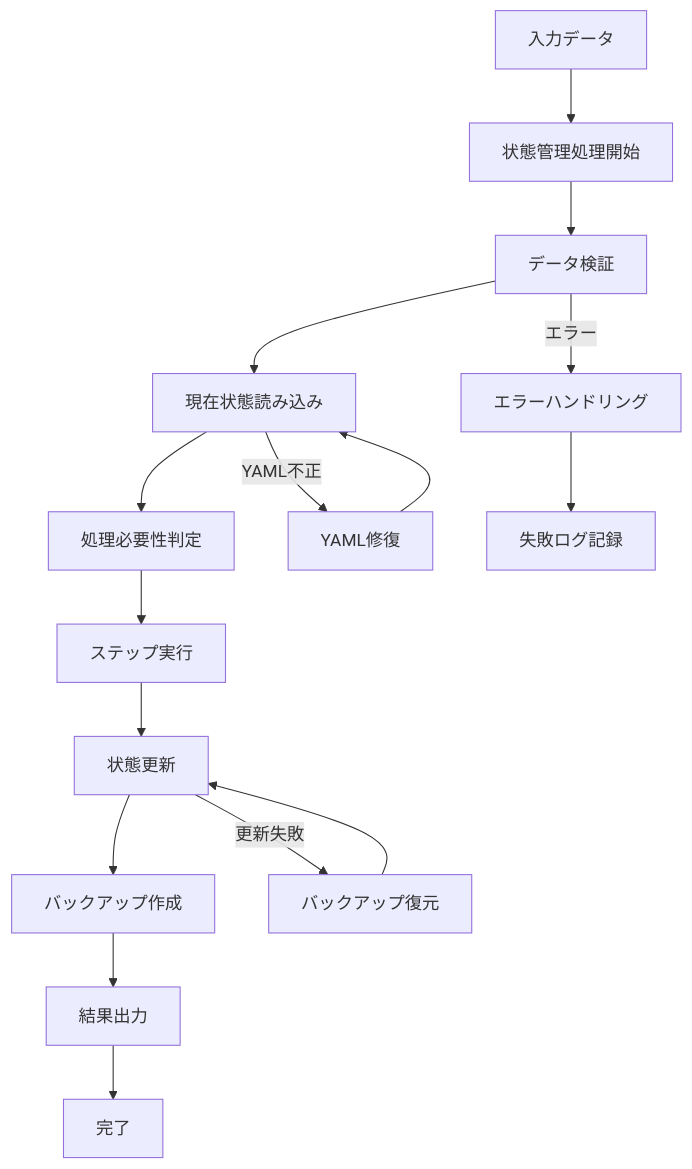
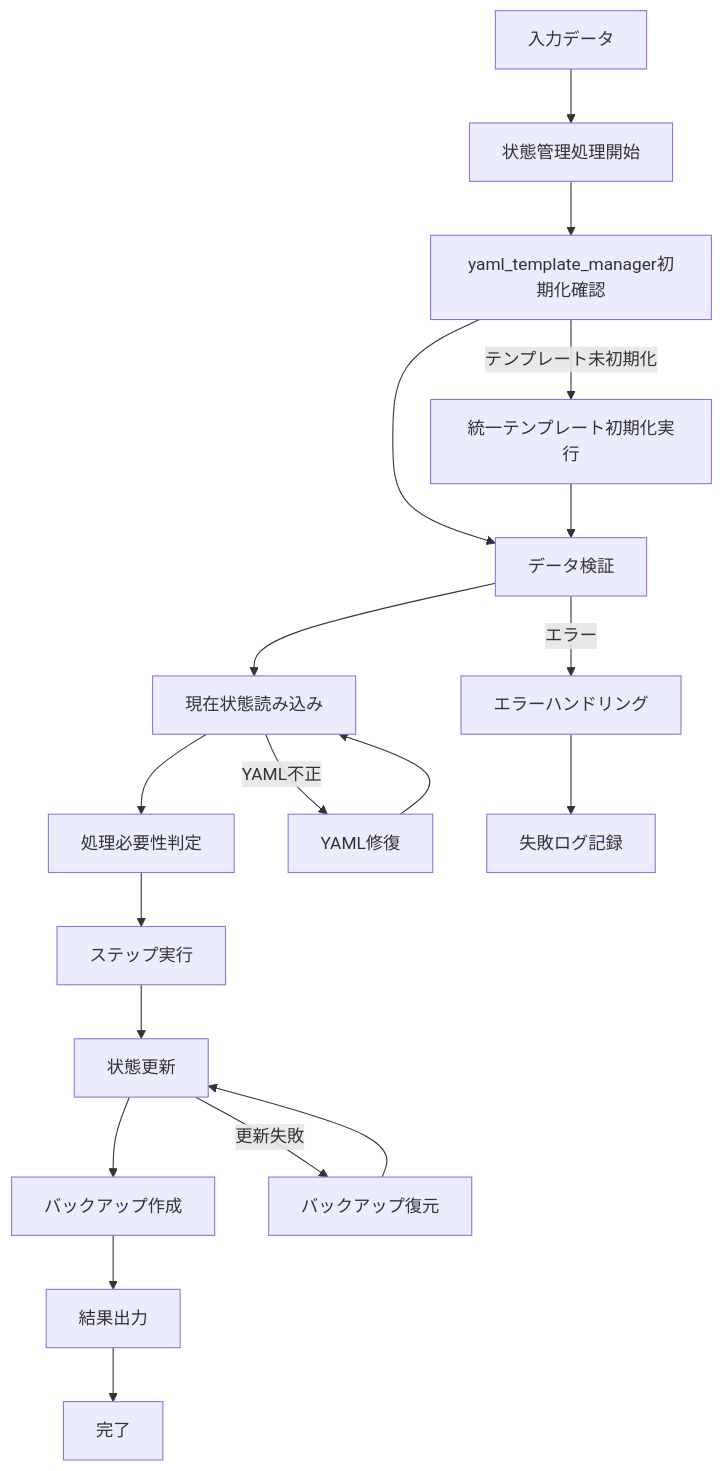
One commit to shuu5/ObsClippingsManager changed the first of 2 diagrams in code/contexts/status_management_yaml_specification.md. Above: the diagram before and after it, drawn with Mermaid. The commit also changed other lines of this file and 8 other files, not shown here.

````diff
--- a/code/contexts/status_management_yaml_specification.md
+++ b/code/contexts/status_management_yaml_specification.md
@@ -9,19 +9,22 @@
 ```mermaid
 flowchart TD
     A["入力データ"] --> B["状態管理処理開始"]
-    B --> C["データ検証"]
-    C --> D["現在状態読み込み"]
-    D --> E["処理必要性判定"]
-    E --> F["ステップ実行"]
-    F --> G["状態更新"]
-    G --> H["バックアップ作成"]
-    H --> I["結果出力"]
-    I --> J["完了"]
+    B --> C["yaml_template_manager初期化確認"]
+    C --> D["データ検証"]
+    D --> E["現在状態読み込み"]
+    E --> F["処理必要性判定"]
+    F --> G["ステップ実行"]
+    G --> H["状態更新"]
+    H --> I["バックアップ作成"]
+    I --> J["結果出力"]
+    J --> K["完了"]
     
-    C -->|エラー| K["エラーハンドリング"]
-    D -->|YAML不正| L["YAML修復"]
-    G -->|更新失敗| M["バックアップ復元"]
-    K --> N["失敗ログ記録"]
+    C -->|テンプレート未初期化| L["統一テンプレート初期化実行"]
+    D -->|エラー| M["エラーハンドリング"]
+    E -->|YAML不正| N["YAML修復"]
+    H -->|更新失敗| O["バックアップ復元"]
     L --> D
-    M --> G
+    M --> P["失敗ログ記録"]
+    N --> E
+    O --> H
 ```
````
